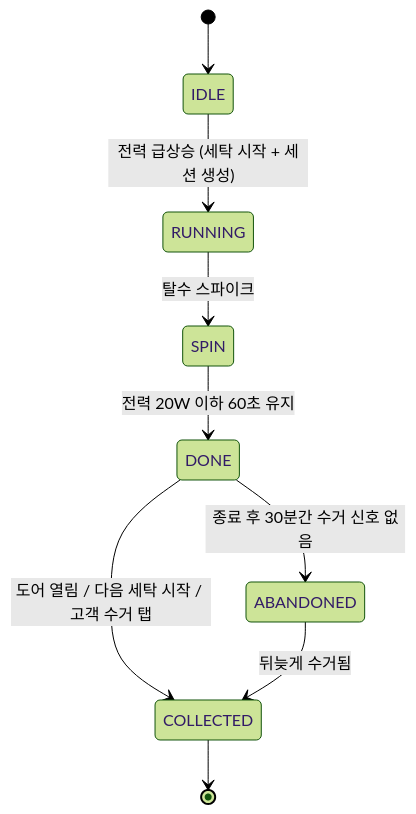
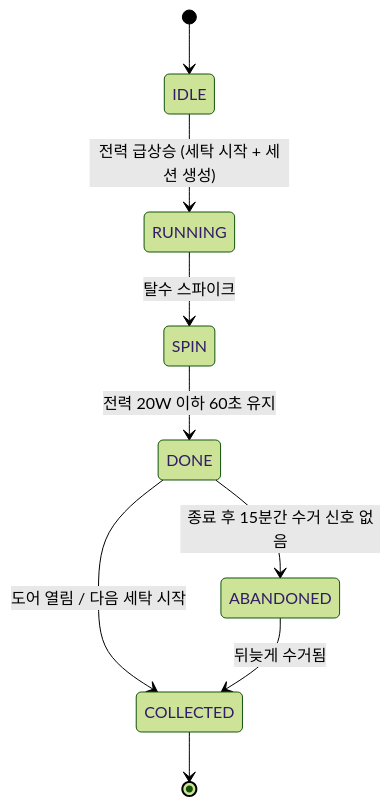
The first of 2 diagrams in README.md (do-ttery/AIAgentChallenge), drawn with Mermaid (forest theme) before and after one commit. The commit also changed other lines of this file and 18 other files, not shown here.

````diff
--- a/README.md
+++ b/README.md
@@ -60,11 +74,11 @@
 ```mermaid
 stateDiagram-v2
     [*] --> IDLE
     IDLE --> RUNNING : 전력 급상승 (세탁 시작 + 세션 생성)
     RUNNING --> SPIN : 탈수 스파이크
     SPIN --> DONE : 전력 20W 이하 60초 유지
-    DONE --> COLLECTED : 도어 열림 / 다음 세탁 시작 / 고객 수거 탭
-    DONE --> ABANDONED : 종료 후 30분간 수거 신호 없음
+    DONE --> COLLECTED : 도어 열림 / 다음 세탁 시작
+    DONE --> ABANDONED : 종료 후 15분간 수거 신호 없음
     ABANDONED --> COLLECTED : 뒤늦게 수거됨
     COLLECTED --> [*]
 ```
````
